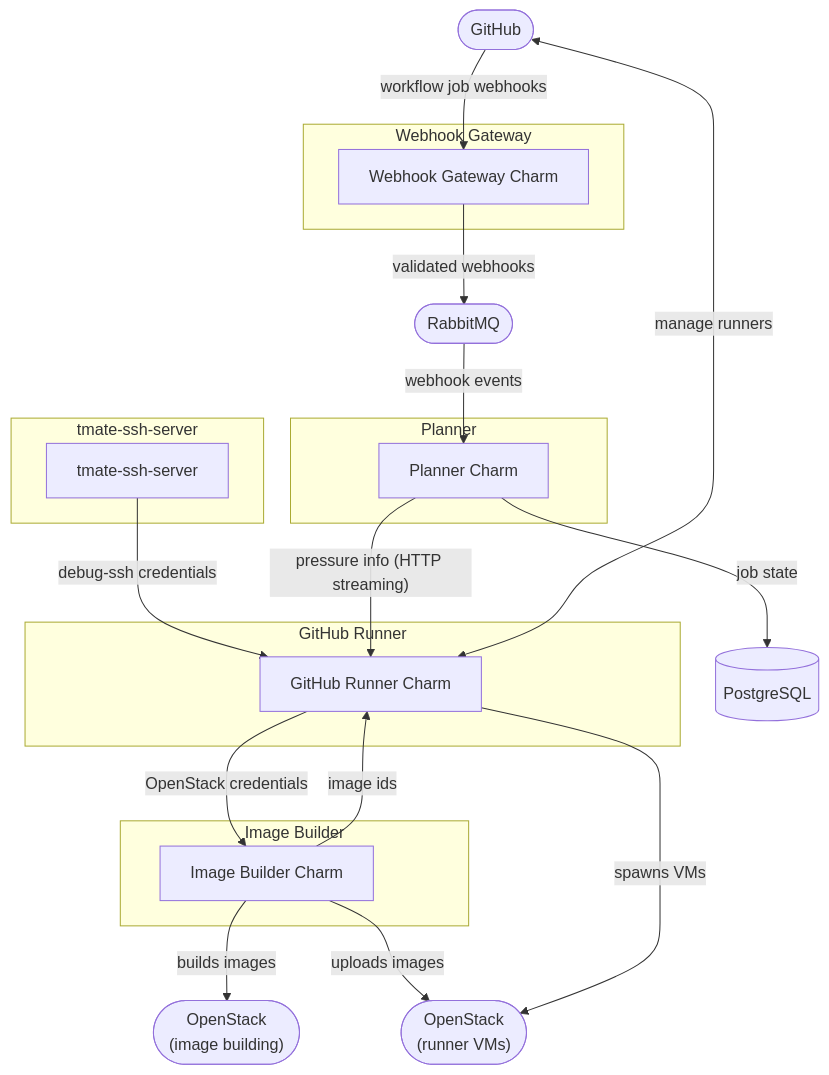
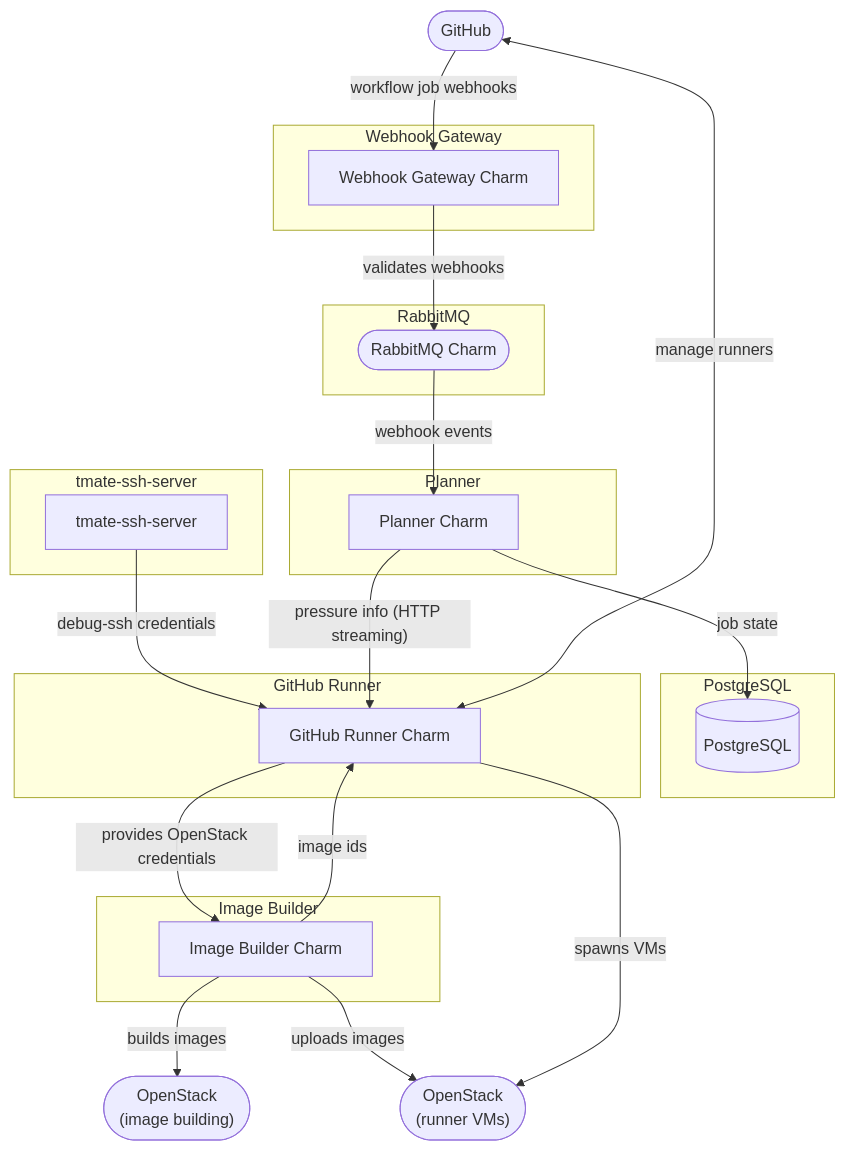
One commit to canonical/github-runner-operator changed the diagram in README.md. Above: the diagram before and after it, drawn with Mermaid. The commit also changed other lines of this file, not shown here.

Commit message:
docs: address review nits for ecosystem diagram
- Clarify Planner description: replace ambiguous "without it the charm"
  with explicit "without the Planner, the github-runner charm"
- Wrap RabbitMQ and PostgreSQL in subgraph nodes for consistency with
  other charm components in the flowchart
- Add verb to OpenStack credentials edge label: "provides OpenStack credentials"
- Fix verb tense on webhook gateway edge: "validates webhooks"

````diff
--- a/README.md
+++ b/README.md
@@ -99,41 +99,46 @@
 ```mermaid
 flowchart TD
     GH(["GitHub"])
     OS_BUILD(["OpenStack\n(image building)"])
     OS_RUNNERS(["OpenStack\n(runner VMs)"])
-    MQ(["RabbitMQ"])
-    PG[(PostgreSQL)]
+    subgraph MQSG["RabbitMQ"]
+        MQ(["RabbitMQ Charm"])
+    end
+
+    subgraph PGSG["PostgreSQL"]
+        PG[(PostgreSQL)]
+    end
 
     subgraph IB["Image Builder"]
         imagebuilder["Image Builder Charm"]
     end
 
     subgraph GRC["GitHub Runner"]
         githubrunner["GitHub Runner Charm"]
     end
 
     subgraph TMATE["tmate-ssh-server"]
         tmate["tmate-ssh-server"]
     end
 
     subgraph WG["Webhook Gateway"]
         webhookgateway["Webhook Gateway Charm"]
     end
 
     subgraph PL["Planner"]
         planner["Planner Charm"]
     end
 
     imagebuilder -->|"builds images"| OS_BUILD
     imagebuilder -->|"uploads images"| OS_RUNNERS
     imagebuilder -->|"image ids"| githubrunner
-    githubrunner -->|"OpenStack credentials"| imagebuilder
+    githubrunner -->|"provides OpenStack credentials"| imagebuilder
     githubrunner -->|"spawns VMs"| OS_RUNNERS
     githubrunner <-->|"manage runners"| GH
     tmate -->|"debug-ssh credentials"| githubrunner
     GH -->|"workflow job webhooks"| webhookgateway
-    webhookgateway -->|"validated webhooks"| MQ
+    webhookgateway -->|"validates webhooks"| MQ
     MQ -->|"webhook events"| planner
     planner -->|"job state"| PG
     planner -->|"pressure info (HTTP streaming)"| githubrunner
 ```
````
